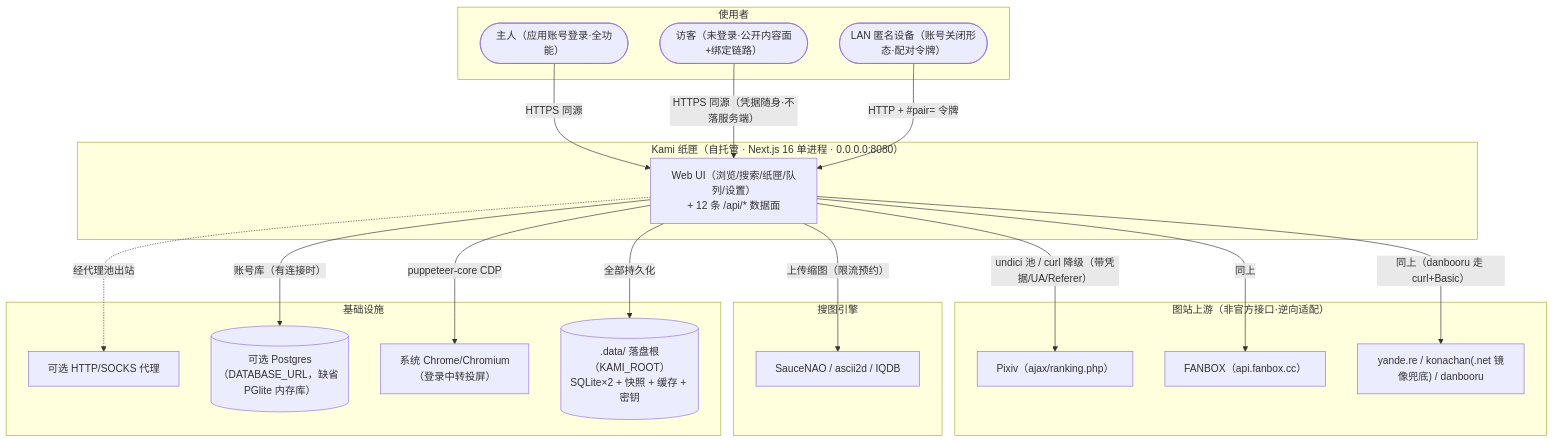
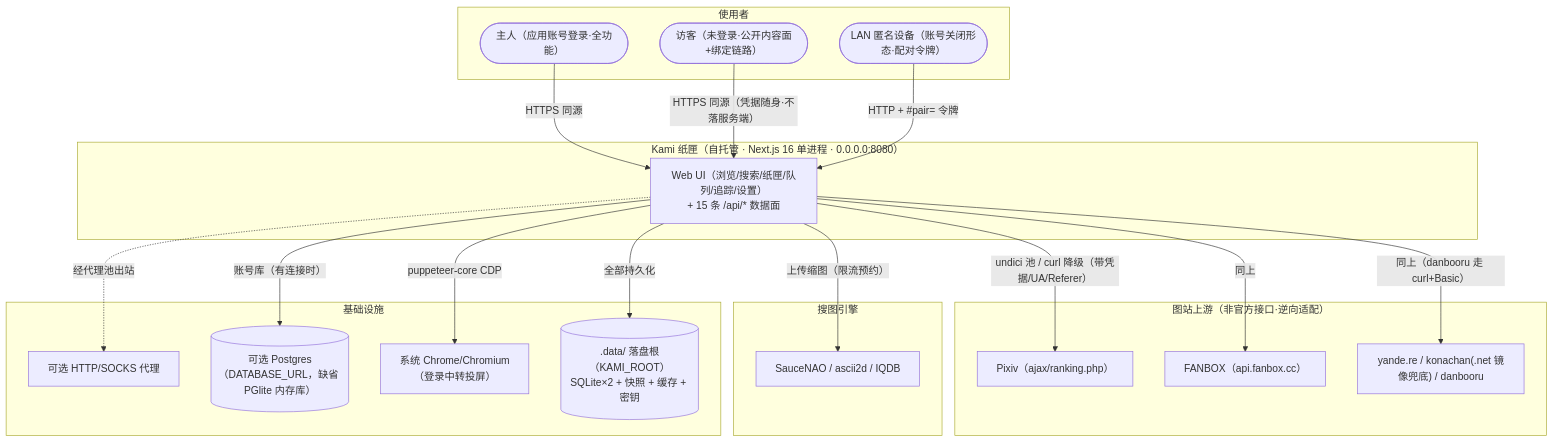
One commit to Atsukiizumi/Kami-paperbox changed the diagram in docs/diagrams/系统上下文图.md. Above: the diagram before and after it, drawn with Mermaid. The commit also changed other lines of this file and 28 other files, not shown here.

````diff
--- a/docs/diagrams/系统上下文图.md
+++ b/docs/diagrams/系统上下文图.md
@@ -7,41 +7,41 @@
 ```mermaid
 flowchart TB
   subgraph people["使用者"]
     owner(["主人（应用账号登录·全功能）"])
     guest(["访客（未登录·公开内容面+绑定链路）"])
     lan(["LAN 匿名设备（账号关闭形态·配对令牌）"])
   end
 
   subgraph kami["Kami 纸匣（自托管 · Next.js 16 单进程 · 0.0.0.0:8080）"]
-    app["Web UI（浏览/搜索/纸匣/队列/设置）<br>+ 12 条 /api/* 数据面"]
+    app["Web UI（浏览/搜索/纸匣/队列/追踪/设置）<br>+ 15 条 /api/* 数据面"]
   end
 
   subgraph upstream["图站上游（非官方接口·逆向适配）"]
     pixiv["Pixiv（ajax/ranking.php）"]
     fanbox["FANBOX（api.fanbox.cc）"]
     booru["yande.re / konachan(.net 镜像兜底) / danbooru"]
   end
 
   subgraph search["搜图引擎"]
     engines["SauceNAO / ascii2d / IQDB"]
   end
 
   subgraph infra["基础设施"]
     proxy["可选 HTTP/SOCKS 代理"]
     pg[("可选 Postgres<br>（DATABASE_URL，缺省 PGlite 内存库）")]
     chrome["系统 Chrome/Chromium<br>（登录中转投屏）"]
     data[(".data/ 落盘根（KAMI_ROOT）<br>SQLite×2 + 快照 + 缓存 + 密钥")]
   end
 
   owner -->|"HTTPS 同源"| app
   guest -->|"HTTPS 同源（凭据随身·不落服务端）"| app
   lan -->|"HTTP + #pair= 令牌"| app
   app -->|"undici 池 / curl 降级（带凭据/UA/Referer）"| pixiv
   app -->|同上| fanbox
   app -->|同上（danbooru 走 curl+Basic）| booru
   app -->|"上传缩图（限流预约）"| engines
   app -.->|"经代理池出站"| proxy
   app -->|"账号库（有连接时）"| pg
   app -->|"puppeteer-core CDP"| chrome
   app -->|"全部持久化"| data
 ```
````
